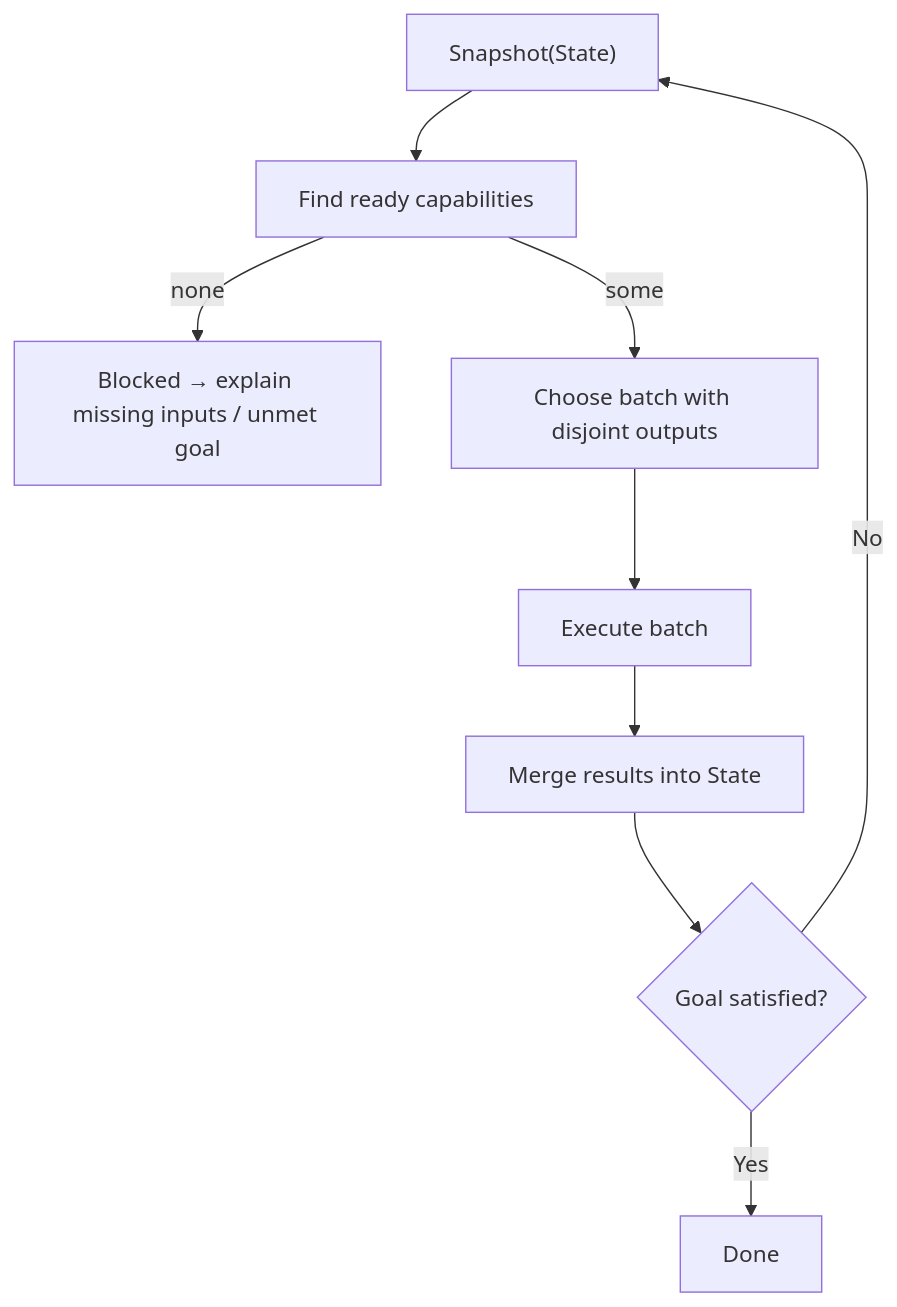
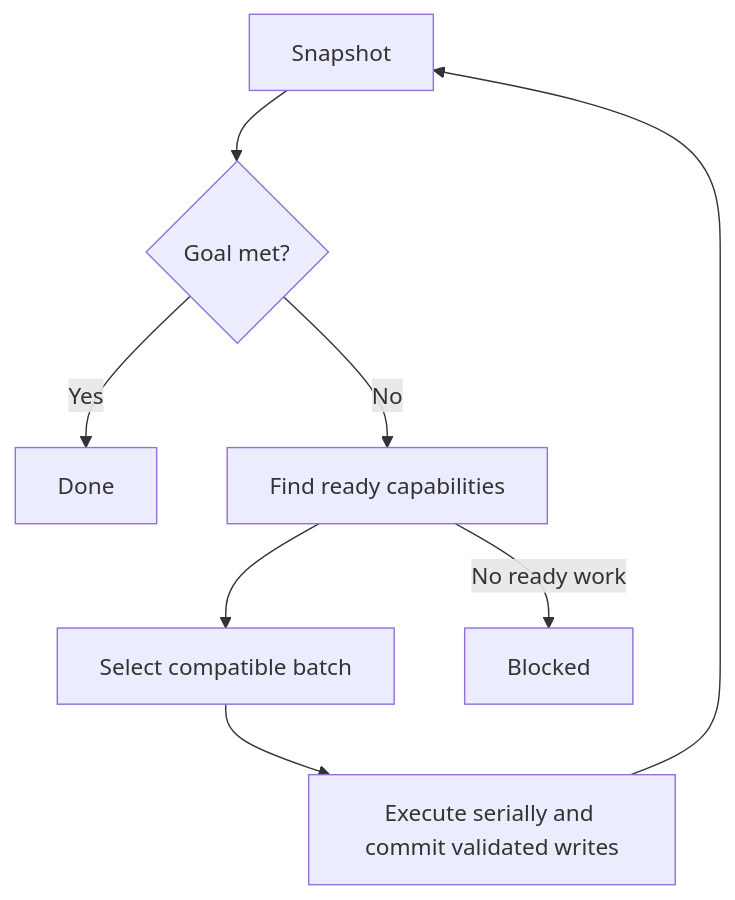
The diagram in README.md (skishore23/ranger), drawn with Mermaid before and after one commit. The commit also changed other lines of this file and 11 other files, not shown here.

````diff
--- a/README.md
+++ b/README.md
@@ -63,11 +34,10 @@
 ```mermaid
 flowchart TD
-  S["Snapshot(State)"] --> R["Find ready capabilities"]
-  R -->|none| B["Blocked → explain missing inputs / unmet goal"]
-  R -->|some| C["Choose batch with disjoint outputs"]
-  C --> E["Execute batch"]
-  E --> M["Merge results into State"]
-  M --> G{"Goal satisfied?"}
-  G -- "No" --> S
-  G -- "Yes" --> D["Done"]
+  S[Snapshot] --> G{Goal met?}
+  G -- Yes --> D[Done]
+  G -- No --> R[Find ready capabilities]
+  R --> C[Select compatible batch]
+  C --> E[Execute serially and commit validated writes]
+  E --> S
+  R -->|No ready work| B[Blocked]
 ```
````
